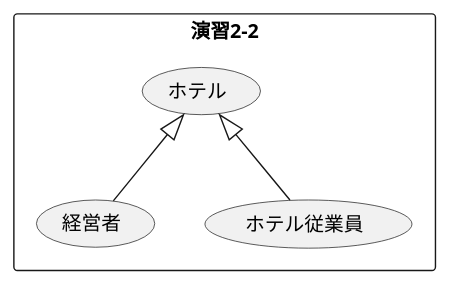
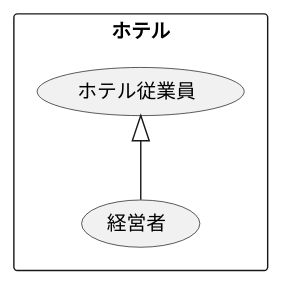
The diagram in 演習2-2_ホテル従業員.pu (Charo249/uml_introduction), drawn with PlantUML before and after one commit.

Commit message:
演習2－2のコミット

```diff
--- a/演習2-2_ホテル従業員.pu
+++ b/演習2-2_ホテル従業員.pu
@@ -1,10 +1,10 @@
 @startuml ユースケース図
 ' left to right direction
-rectangle 演習2-2{
-usecase ホテル
+rectangle ホテル{
+
+usecase ホテル従業員
 usecase 経営者
-usecase ホテル従業員
 }
-ホテル<|-- 経営者
-ホテル<|-- ホテル従業員
+ホテル従業員<|-- 経営者
+
 @enduml
```
